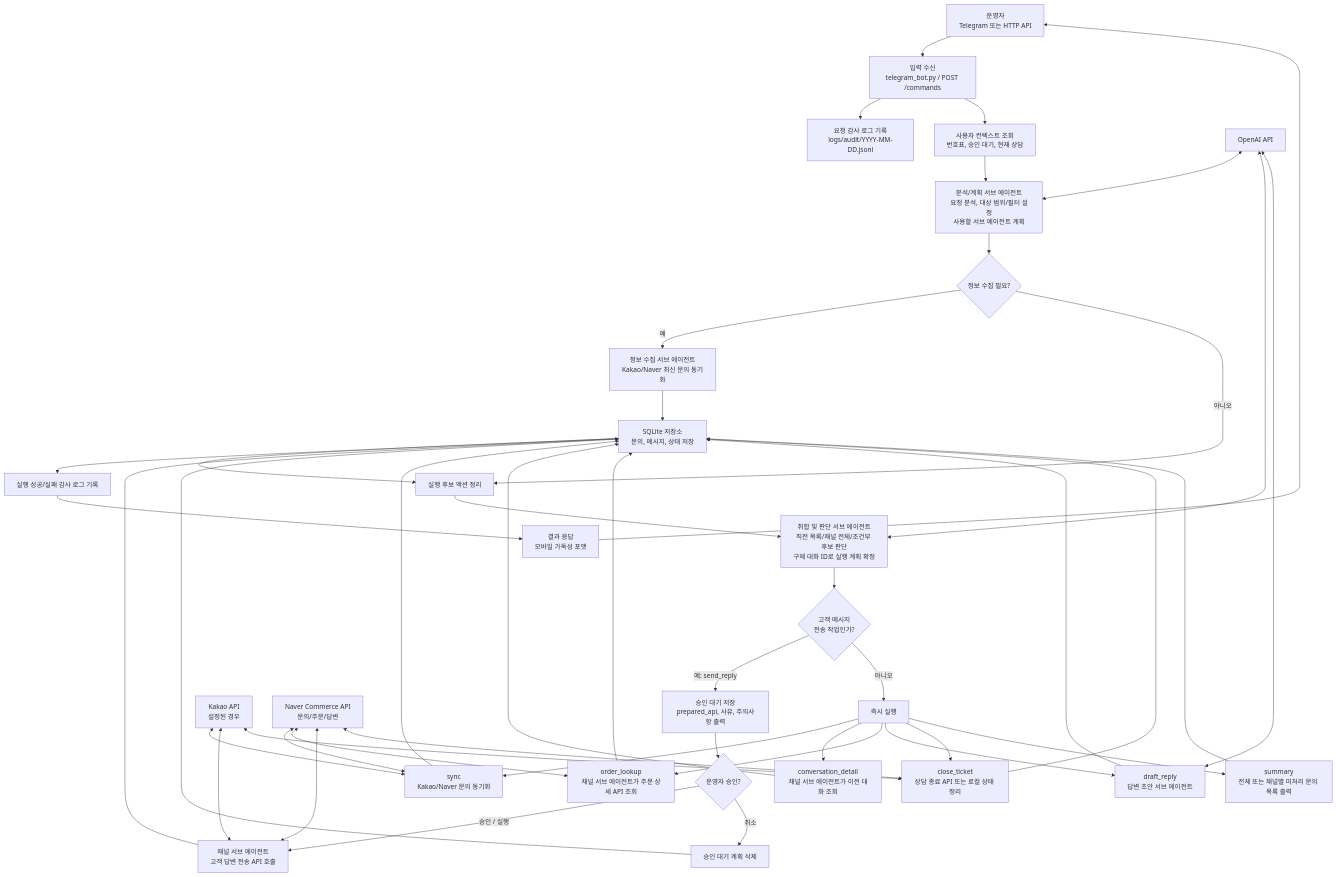
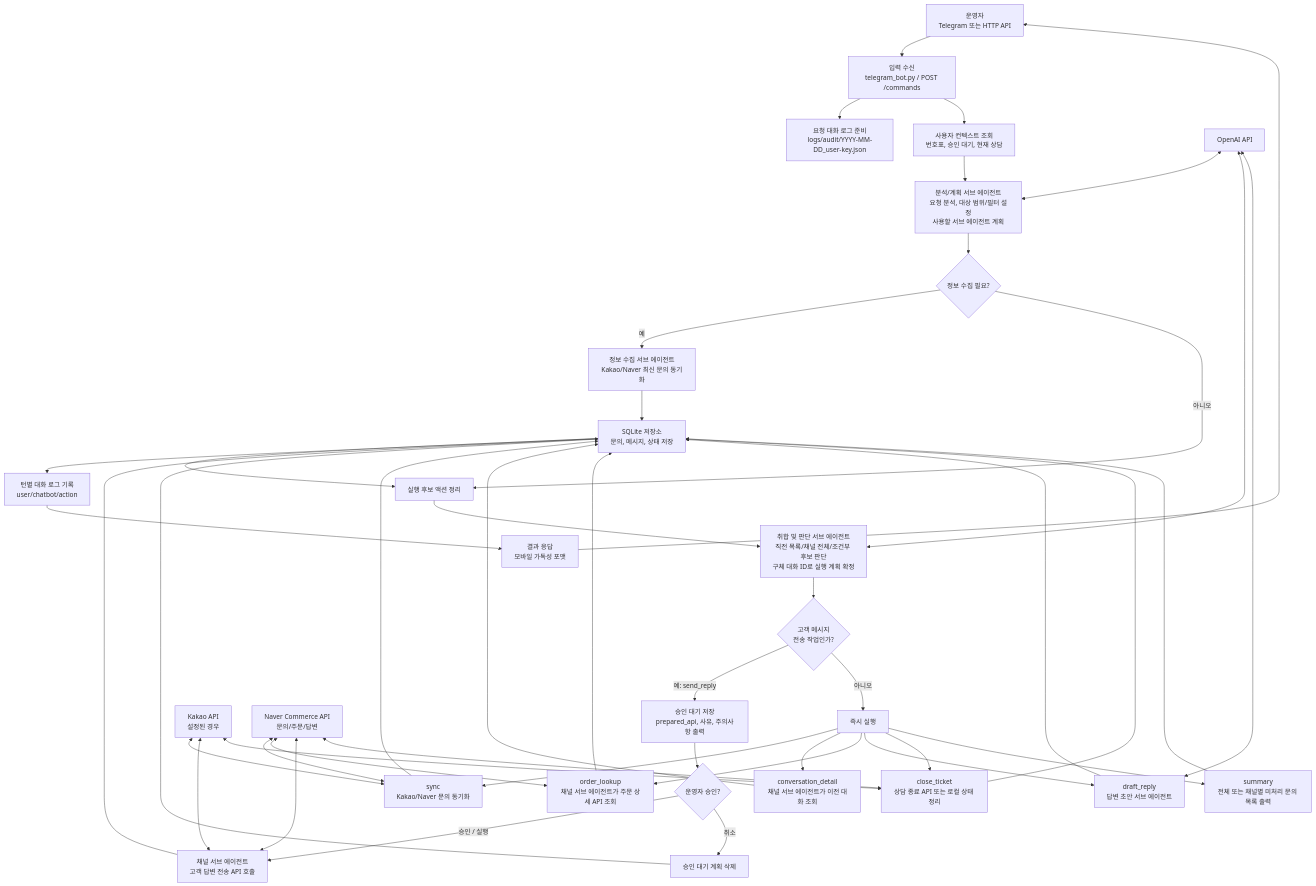
The diagram in README.md (pardro/shopping-cs), drawn with Mermaid before and after one commit. The commit also changed other lines of this file and 2 other files, not shown here.

Commit message:
Switch audit logs to per-turn conversation JSON

````diff
--- a/README.md
+++ b/README.md
@@ -27,51 +27,51 @@
 ```mermaid
 flowchart TD
     U["운영자<br/>Telegram 또는 HTTP API"] --> IN["입력 수신<br/>telegram_bot.py / POST /commands"]
-    IN --> AUDIT1["요청 감사 로그 기록<br/>logs/audit/YYYY-MM-DD.jsonl"]
+    IN --> AUDIT1["요청 대화 로그 준비<br/>logs/audit/YYYY-MM-DD_user-key.json"]
     IN --> CTX["사용자 컨텍스트 조회<br/>번호표, 승인 대기, 현재 상담"]
     CTX --> PLAN["분석/계획 서브 에이전트<br/>요청 분석, 대상 범위/필터 설정<br/>사용할 서브 에이전트 계획"]
     PLAN --> INFO{"정보 수집 필요?"}
     INFO -- "예" --> COLLECT["정보 수집 서브 에이전트<br/>Kakao/Naver 최신 문의 동기화"]
     INFO -- "아니오" --> ROUTE["실행 후보 액션 정리"]
     COLLECT --> REPO["SQLite 저장소<br/>문의, 메시지, 상태 저장"]
     REPO --> ROUTE
     ROUTE --> JUDGE["취합 및 판단 서브 에이전트<br/>직전 목록/채널 전체/조건부 후보 판단<br/>구체 대화 ID로 실행 계획 확정"]
     JUDGE --> APPROVAL{"고객 메시지<br/>전송 작업인가?"}
 
     APPROVAL -- "예: send_reply" --> WAIT["승인 대기 저장<br/>prepared_api, 사유, 주의사항 출력"]
     WAIT --> OPAPPROVE{"운영자 승인?"}
     OPAPPROVE -- "승인 / 실행" --> SEND["채널 서브 에이전트<br/>고객 답변 전송 API 호출"]
     OPAPPROVE -- "취소" --> CANCEL["승인 대기 계획 삭제"]
 
     APPROVAL -- "아니오" --> EXEC["즉시 실행"]
     EXEC --> SYNC["sync<br/>Kakao/Naver 문의 동기화"]
     EXEC --> DETAIL["conversation_detail<br/>채널 서브 에이전트가 이전 대화 조회"]
     EXEC --> ORDER["order_lookup<br/>채널 서브 에이전트가 주문 상세 API 조회"]
     EXEC --> DRAFT["draft_reply<br/>답변 초안 서브 에이전트"]
     EXEC --> CLOSE["close_ticket<br/>상담 종료 API 또는 로컬 상태 정리"]
     EXEC --> SUMMARY["summary<br/>전체 또는 채널별 미처리 문의 목록 출력"]
 
     SYNC --> REPO
     DETAIL --> REPO
     ORDER --> REPO
     DRAFT --> REPO
     CLOSE --> REPO
     SUMMARY --> REPO
     SEND --> REPO
     CANCEL --> REPO
 
-    REPO --> AUDIT2["실행 성공/실패 감사 로그 기록"]
+    REPO --> AUDIT2["턴별 대화 로그 기록<br/>user/chatbot/action"]
     AUDIT2 --> OUT["결과 응답<br/>모바일 가독성 포맷"]
     OUT --> U
 
     KAKAO["Kakao API<br/>설정된 경우"] <--> SYNC
     KAKAO <--> SEND
     KAKAO <--> CLOSE
     NAVER["Naver Commerce API<br/>문의/주문/답변"] <--> SYNC
     NAVER <--> ORDER
     NAVER <--> SEND
     NAVER <--> CLOSE
     OPENAI["OpenAI API"] <--> PLAN
     OPENAI <--> JUDGE
     OPENAI <--> DRAFT
 ```
````
